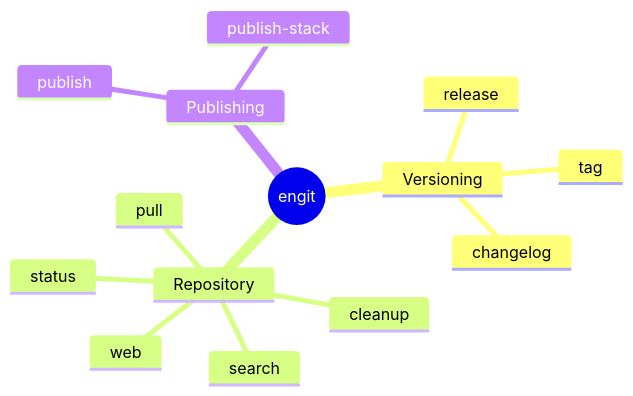
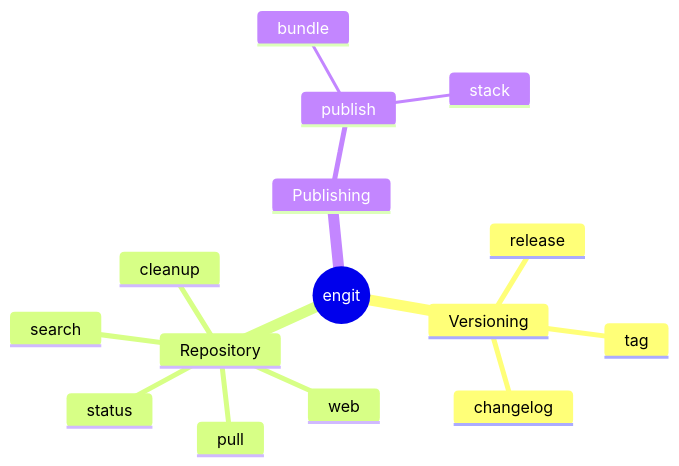
The diagram in docs/cli-reference/engit.md (gtvfx-envoy/envoy_utils), drawn with Mermaid before and after one commit. The commit also changed other lines of this file and 17 other files, not shown here.

````diff
--- a/docs/cli-reference/engit.md
+++ b/docs/cli-reference/engit.md
@@ -7,17 +7,18 @@
 ```mermaid
 mindmap
   root((engit))
     Versioning
       tag
       release
       changelog
     Repository
       status
       cleanup
       pull
       web
       search
     Publishing
       publish
-      publish-stack
+        bundle
+        stack
 ```
````
